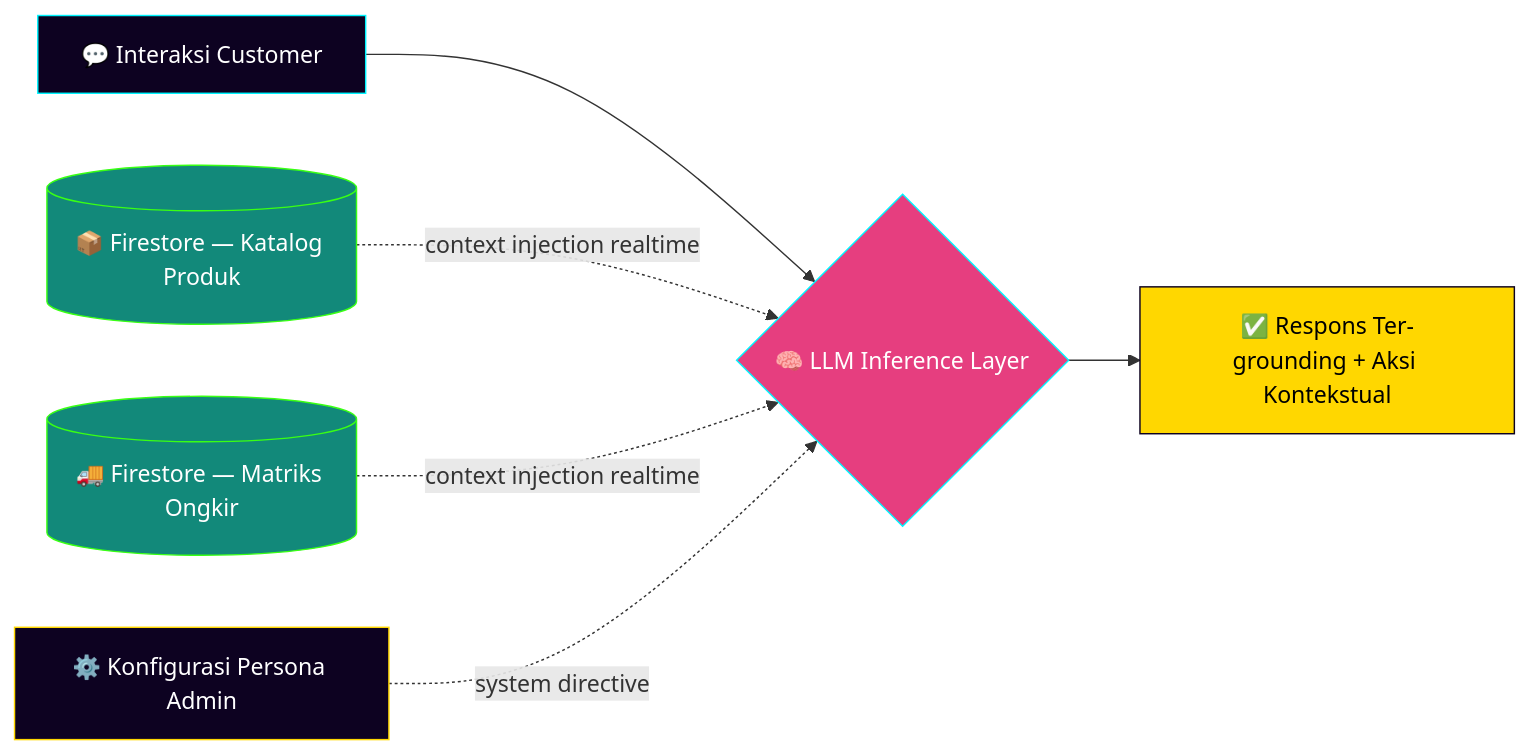
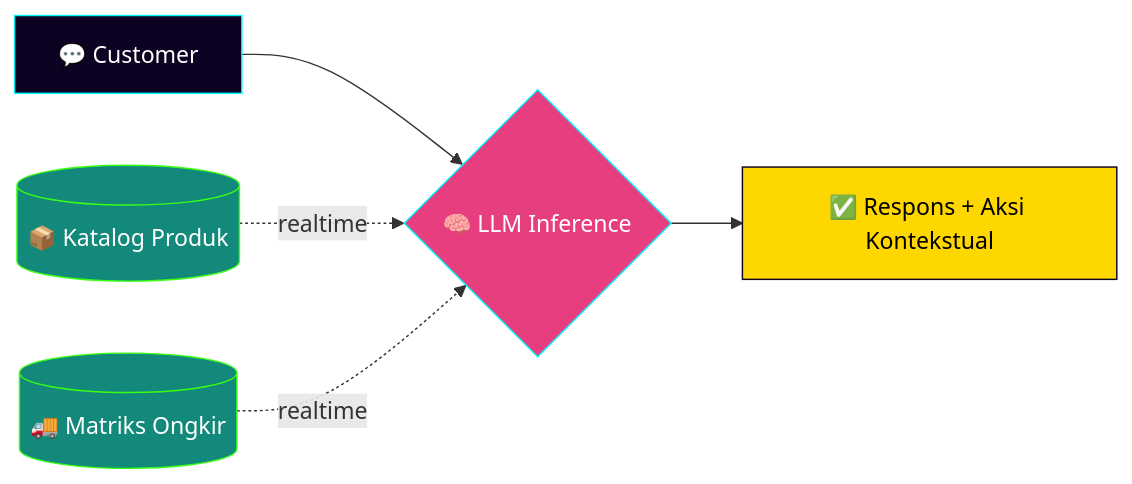
Before and after one commit to riksan762-creator/Riksan-Dropshiper: the first of 2 diagrams in README.md, drawn with Mermaid. The commit also changed other lines of this file, not shown here.

````diff
--- a/README.md
+++ b/README.md
@@ -109,15 +53,13 @@
 ```mermaid
 graph LR
-    A[💬 Interaksi Customer] --> B{🧠 LLM Inference Layer}
-    C[(📦 Firestore — Katalog Produk)] -.context injection realtime.-> B
-    D[(🚚 Firestore — Matriks Ongkir)] -.context injection realtime.-> B
-    E[⚙️ Konfigurasi Persona Admin] -.system directive.-> B
-    B --> F[✅ Respons Ter-grounding + Aksi Kontekstual]
+    A[💬 Customer] --> B{🧠 LLM Inference}
+    C[(📦 Katalog Produk)] -.realtime.-> B
+    D[(🚚 Matriks Ongkir)] -.realtime.-> B
+    B --> F[✅ Respons + Aksi Kontekstual]
 
     style A fill:#0D0221,stroke:#00F5FF,color:#fff
     style B fill:#E63E7F,stroke:#00F5FF,color:#fff
     style C fill:#12897A,stroke:#39FF14,color:#fff
     style D fill:#12897A,stroke:#39FF14,color:#fff
-    style E fill:#0D0221,stroke:#FFD700,color:#fff
     style F fill:#FFD700,stroke:#0D0221,color:#000
 ```
````
